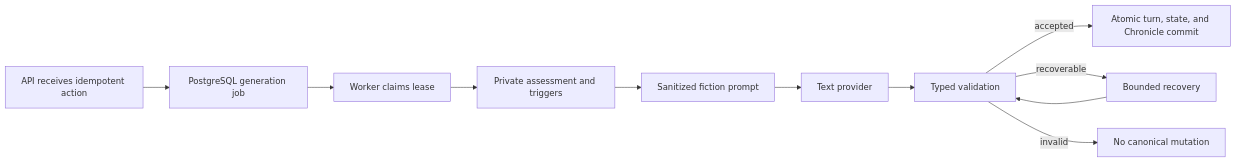
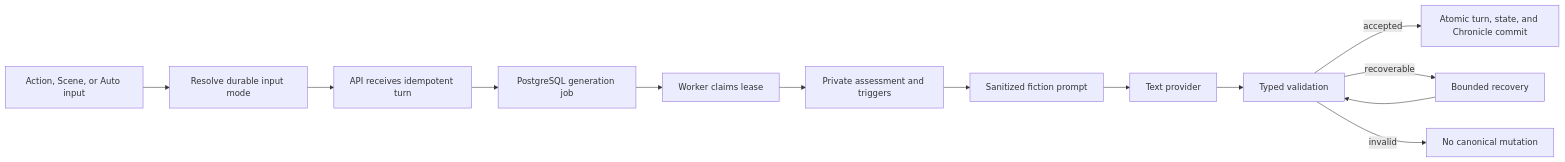
One commit to cmacnichol/infinite-quest-nexus changed the diagram in docs/concepts/story-engine.md. Above: the diagram before and after it, drawn with Mermaid. The commit also changed other lines of this file and 52 other files, not shown here.

Commit message:
Add turn input intent modes

````diff
--- a/docs/concepts/story-engine.md
+++ b/docs/concepts/story-engine.md
@@ -5,13 +5,15 @@
 ```mermaid
 flowchart LR
-  API["API receives idempotent action"] --> Job["PostgreSQL generation job"]
+  Input["Action, Scene, or Auto input"] --> Resolve["Resolve durable input mode"]
+  Resolve --> API["API receives idempotent turn"]
+  API --> Job["PostgreSQL generation job"]
   Job --> Worker["Worker claims lease"]
   Worker --> Assess["Private assessment and triggers"]
   Assess --> Prompt["Sanitized fiction prompt"]
   Prompt --> Provider["Text provider"]
   Provider --> Validate["Typed validation"]
   Validate -->|"accepted"| Commit["Atomic turn, state, and Chronicle commit"]
   Validate -->|"recoverable"| Recover["Bounded recovery"]
   Validate -->|"invalid"| Failed["No canonical mutation"]
   Recover --> Validate
 ```
````
